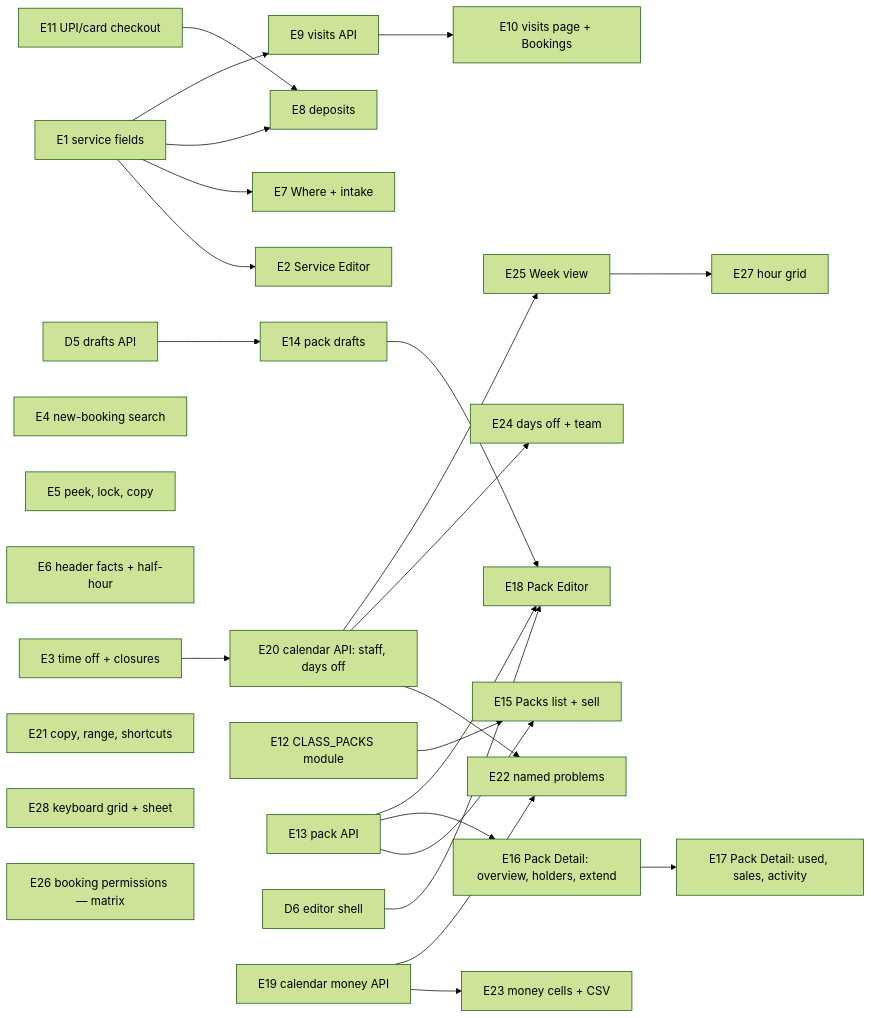
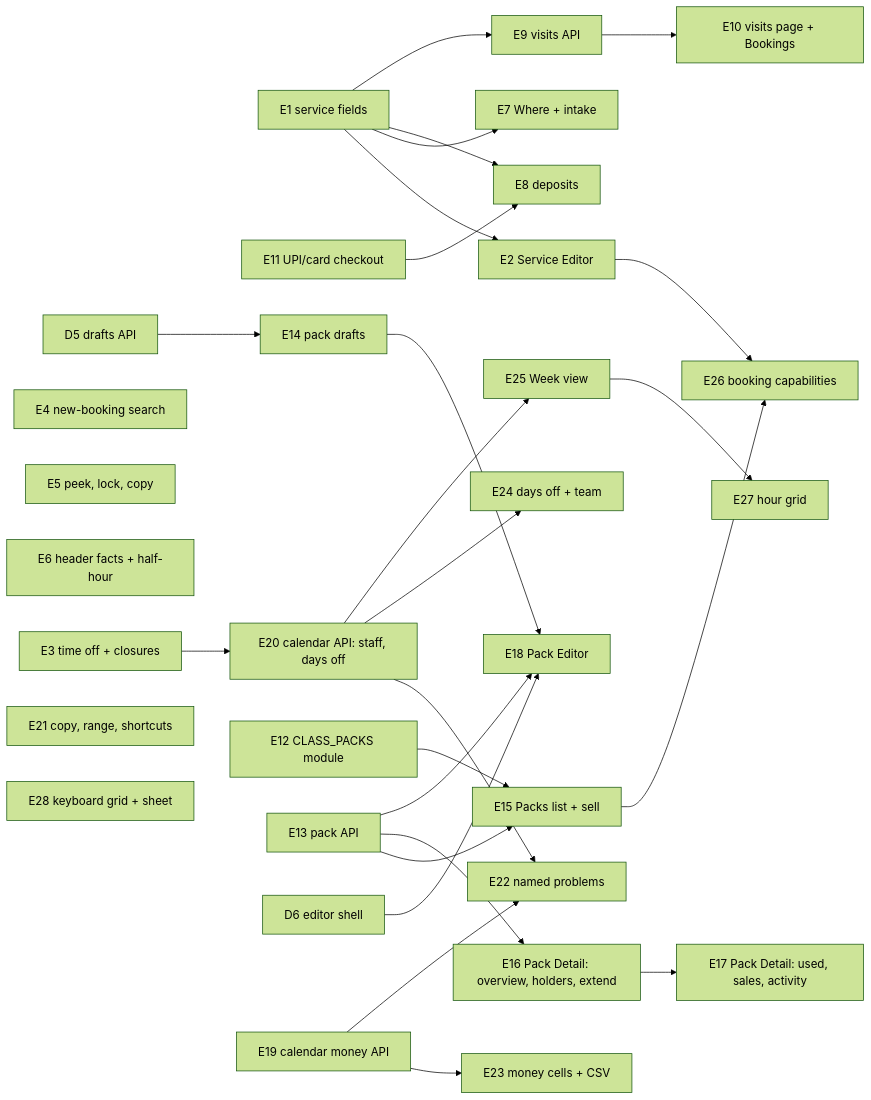
Before and after one commit to saroh-labs/saroh.in: the diagram in docs/plans/2026-09-26-005-feat-bookings-packs-calendar-plan.md, drawn with Mermaid (forest theme). The commit also changed other lines of this file and 9 other files, not shown here.

First line of the commit message:
docs(plans): staff permissions become capabilities; the built-in roles are default bundles

````diff
--- a/docs/plans/2026-09-26-005-feat-bookings-packs-calendar-plan.md
+++ b/docs/plans/2026-09-26-005-feat-bookings-packs-calendar-plan.md
@@ -210,30 +211,31 @@
 ```mermaid
 flowchart LR
   E1[E1 service fields] --> E2[E2 Service Editor]
   E1 --> E7[E7 Where + intake]
   E1 --> E8[E8 deposits]
   E1 --> E9[E9 visits API]
   E9 --> E10[E10 visits page + Bookings]
   E11[E11 UPI/card checkout] --> E8
   E3[E3 time off + closures] --> E20[E20 calendar API: staff, days off]
   E4[E4 new-booking search]
   E5[E5 peek, lock, copy]
   E6[E6 header facts + half-hour]
   D5[D5 drafts API] --> E14[E14 pack drafts]
   E12[E12 CLASS_PACKS module] --> E15
   E13[E13 pack API] --> E15[E15 Packs list + sell]
   E13 --> E16[E16 Pack Detail: overview, holders, extend]
   E16 --> E17[E17 Pack Detail: used, sales, activity]
   E14 --> E18[E18 Pack Editor]
   E13 --> E18
   D6[D6 editor shell] --> E18
   E19[E19 calendar money API] --> E23[E23 money cells + CSV]
   E19 --> E22[E22 named problems]
   E20 --> E22
   E20 --> E24[E24 days off + team]
   E20 --> E25[E25 Week view]
   E25 --> E27[E27 hour grid]
   E21[E21 copy, range, shortcuts]
   E28[E28 keyboard grid + sheet]
-  E26[E26 booking permissions — matrix]
+  E2 --> E26[E26 booking capabilities]
+  E15 --> E26
 ```
````
